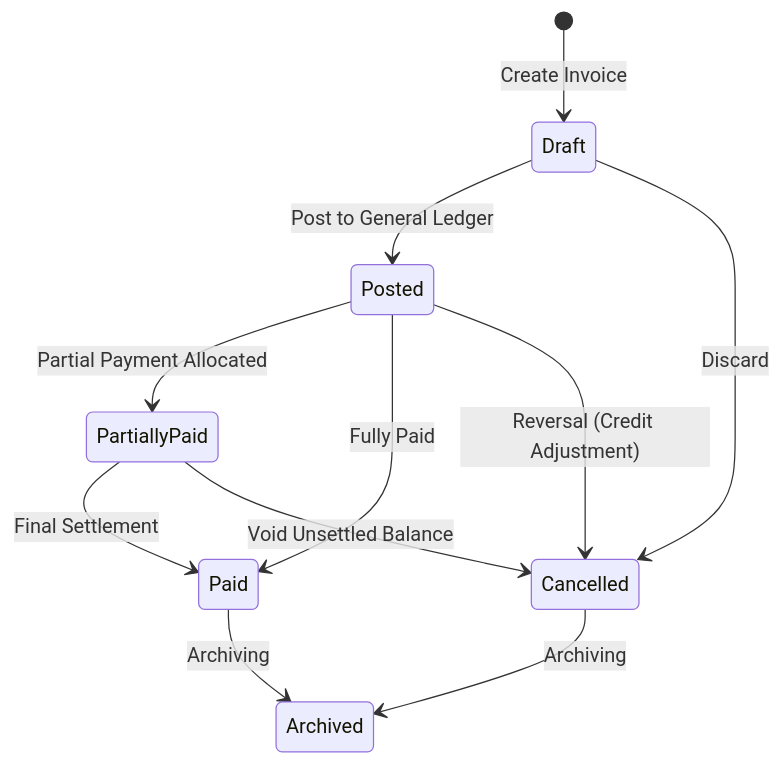
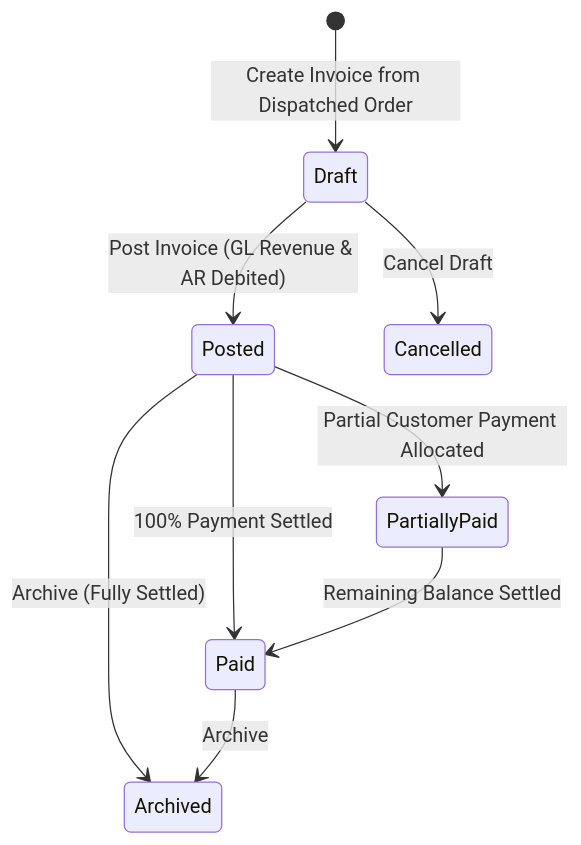
The diagram in docs/user/sales_invoices.md (herobmdotcom/herobm), drawn with Mermaid before and after one commit. The commit also changed other lines of this file and 32 other files, not shown here.

````diff
--- a/docs/user/sales_invoices.md
+++ b/docs/user/sales_invoices.md
@@ -50,16 +49,13 @@
 ```mermaid
 stateDiagram-v2
-    [*] --> Draft : Create Invoice
-    Draft --> Posted : Post to General Ledger
-    Draft --> Cancelled : Discard
+    [*] --> Draft : Create Invoice from Dispatched Order
+    Draft --> Posted : Post Invoice (GL Revenue & AR Debited)
+    Draft --> Cancelled : Cancel Draft
 
-    Posted --> PartiallyPaid : Partial Payment Allocated
-    Posted --> Paid : Fully Paid
-    Posted --> Cancelled : Reversal (Credit Adjustment)
+    Posted --> PartiallyPaid : Partial Customer Payment Allocated
+    Posted --> Paid : 100% Payment Settled
+    Posted --> Archived : Archive (Fully Settled)
 
-    PartiallyPaid --> Paid : Final Settlement
-    PartiallyPaid --> Cancelled : Void Unsettled Balance
-
-    Paid --> Archived : Archiving
-    Cancelled --> Archived : Archiving
+    PartiallyPaid --> Paid : Remaining Balance Settled
+    Paid --> Archived : Archive
 ```
````
